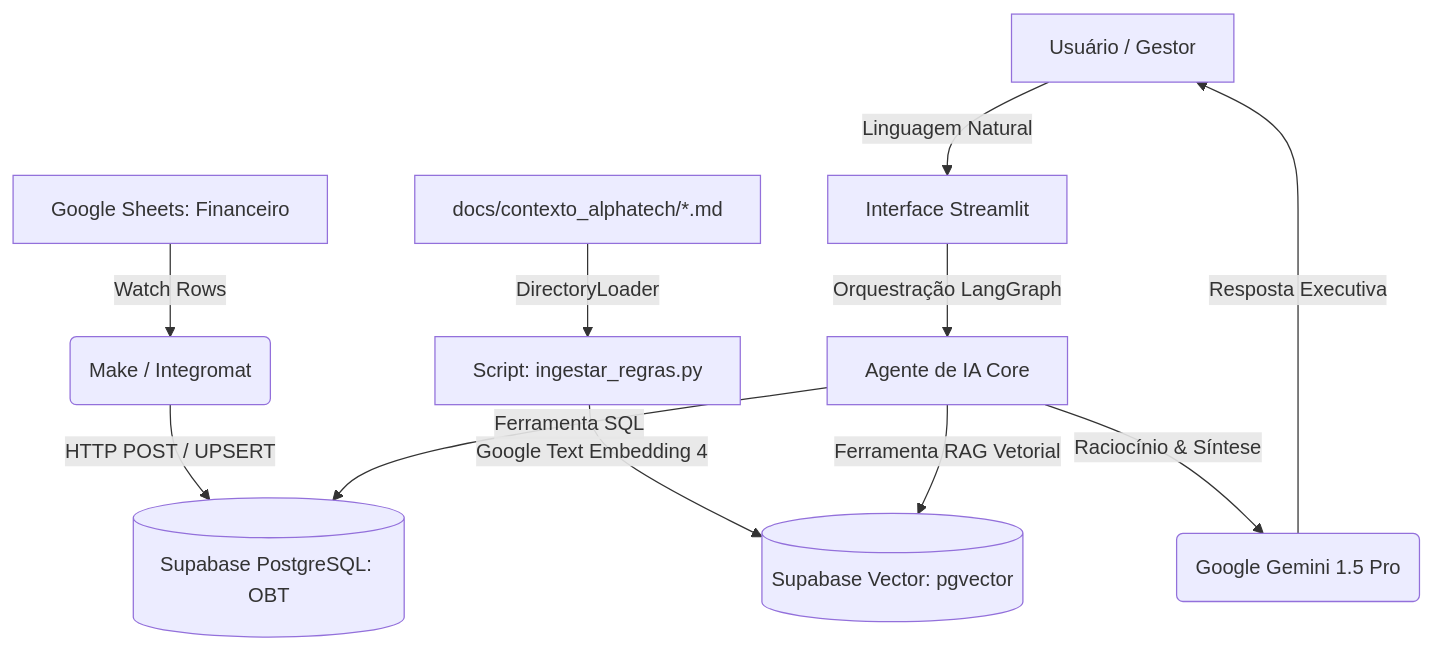
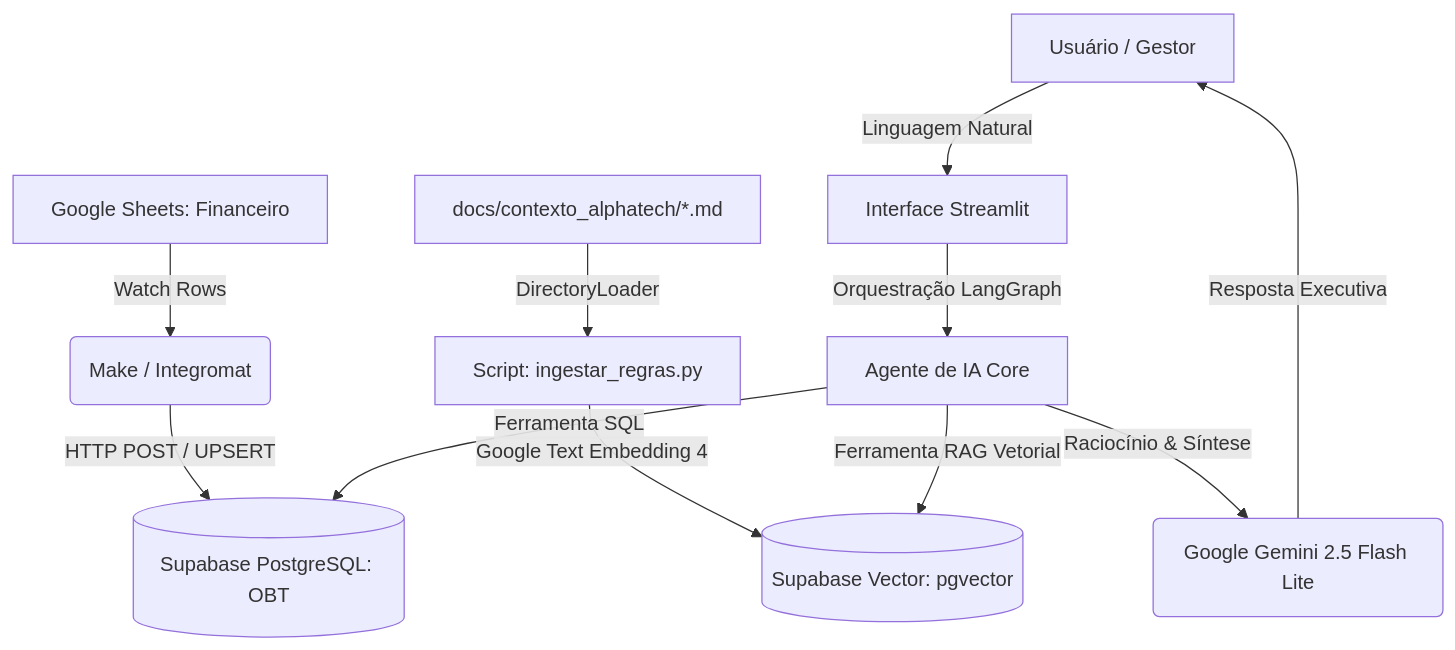
One commit to GSimas/Agente-IA-AlphaTech-Sebrae- changed the diagram in README.md. Above: the diagram before and after it, drawn with Mermaid. The commit also changed other lines of this file, not shown here.

Commit message:
Atualizacao README

````diff
--- a/README.md
+++ b/README.md
@@ -13,18 +13,18 @@
 ```mermaid
 graph TD
     %% Ingestão Quantitativa
     A[Google Sheets: Financeiro] -->|Watch Rows| B(Make / Integromat)
     B -->|HTTP POST / UPSERT| C[(Supabase PostgreSQL: OBT)]
 
     %% Ingestão Qualitativa
     D[docs/contexto_alphatech/*.md] -->|DirectoryLoader| E[Script: ingestar_regras.py]
     E -->|Google Text Embedding 4| C2[(Supabase Vector: pgvector)]
 
     %% Camada de Consumo
     F[Usuário / Gestor] -->|Linguagem Natural| G[Interface Streamlit]
     G -->|Orquestração LangGraph| H[Agente de IA Core]
     H -->|Ferramenta SQL| C
     H -->|Ferramenta RAG Vetorial| C2
-    H -->|Raciocínio & Síntese| I(Google Gemini 1.5 Pro)
+    H -->|Raciocínio & Síntese| I(Google Gemini 2.5 Flash Lite)
     I -->|Resposta Executiva| F
 ```
````
